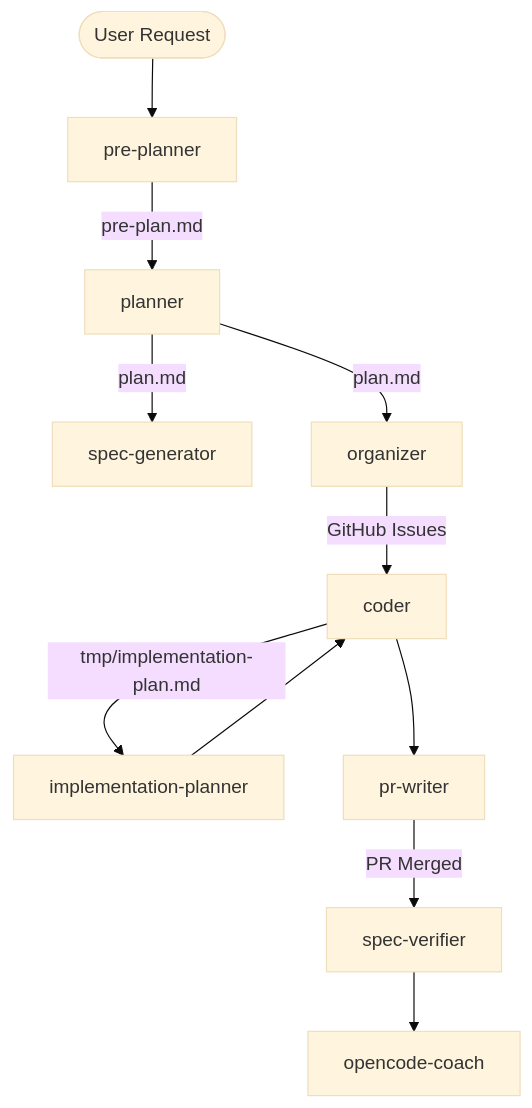
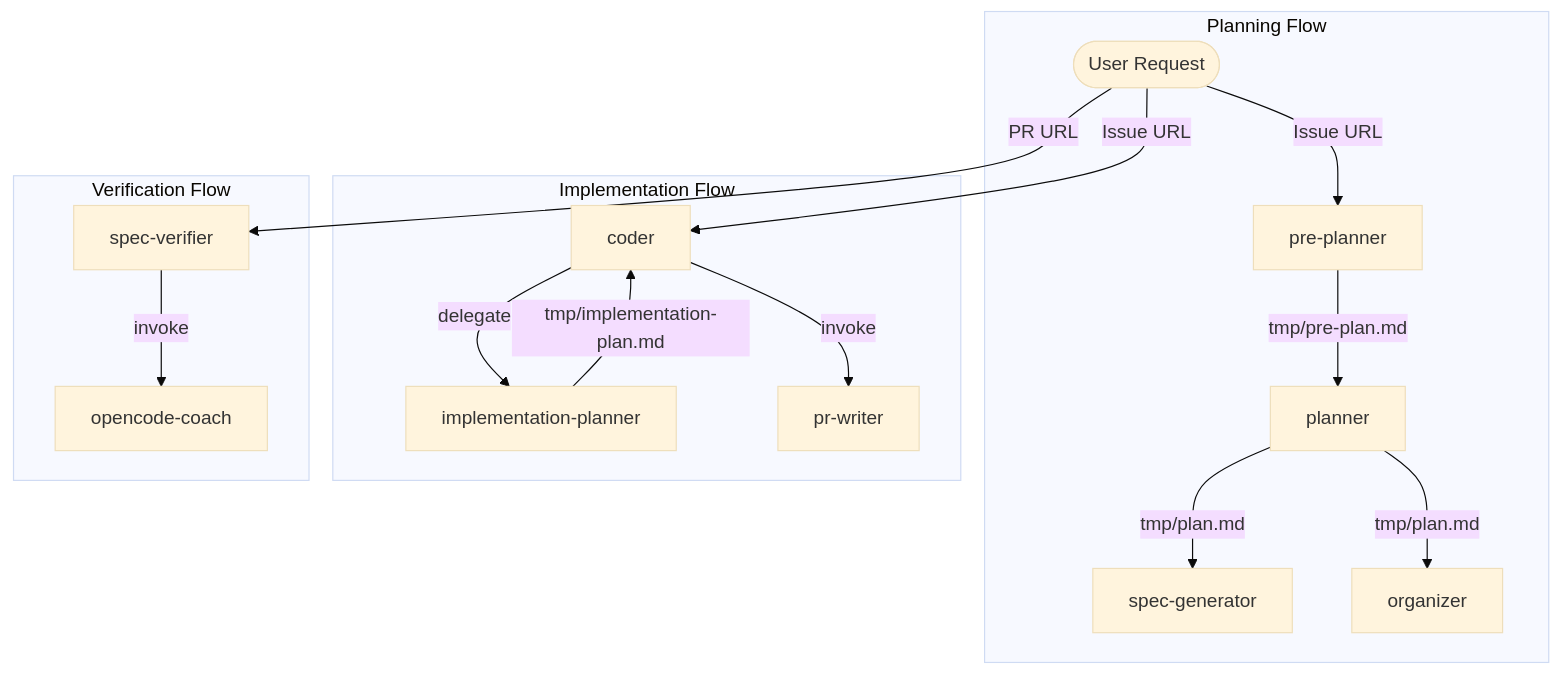
One commit to iapicca/opencode_assets changed the diagram in README.md. Above: the diagram before and after it, drawn with Mermaid (base theme). The commit also changed 1 other file, not shown here.

Commit message:
update housekeeper

````diff
--- a/README.md
+++ b/README.md
@@ -7,13 +7,21 @@
 ```mermaid
-flowchart TD
-    Request([User Request]) --> PrePlanner[pre-planner]
-    PrePlanner -->|pre-plan.md| Planner[planner]
-    Planner -->|plan.md| SpecGen[spec-generator]
-    Planner -->|plan.md| Organizer[organizer]
-    Organizer -->|GitHub Issues| Coder[coder]
-    Coder -->|tmp/implementation-plan.md| ImplPlanner[implementation-planner]
-    ImplPlanner --> Coder
-    Coder --> PRWriter[pr-writer]
-    PRWriter -->|PR Merged| SpecVerifier[spec-verifier]
-    SpecVerifier --> Coach[opencode-coach]
+flowchart TB
+    subgraph "Planning Flow"
+        User([User Request]) -->|Issue URL| pre-planner[pre-planner]
+        pre-planner -->|tmp/pre-plan.md| planner[planner]
+        planner -->|tmp/plan.md| spec-generator[spec-generator]
+        planner -->|tmp/plan.md| organizer[organizer]
+    end
+    
+    subgraph "Implementation Flow"
+        User -->|Issue URL| coder[coder]
+        coder -->|delegate| implementation-planner[implementation-planner]
+        implementation-planner -->|tmp/implementation-plan.md| coder
+        coder -->|invoke| pr-writer[pr-writer]
+    end
+    
+    subgraph "Verification Flow"
+        User -->|PR URL| spec-verifier[spec-verifier]
+        spec-verifier -->|invoke| opencode-coach[opencode-coach]
+    end
 ```
````
